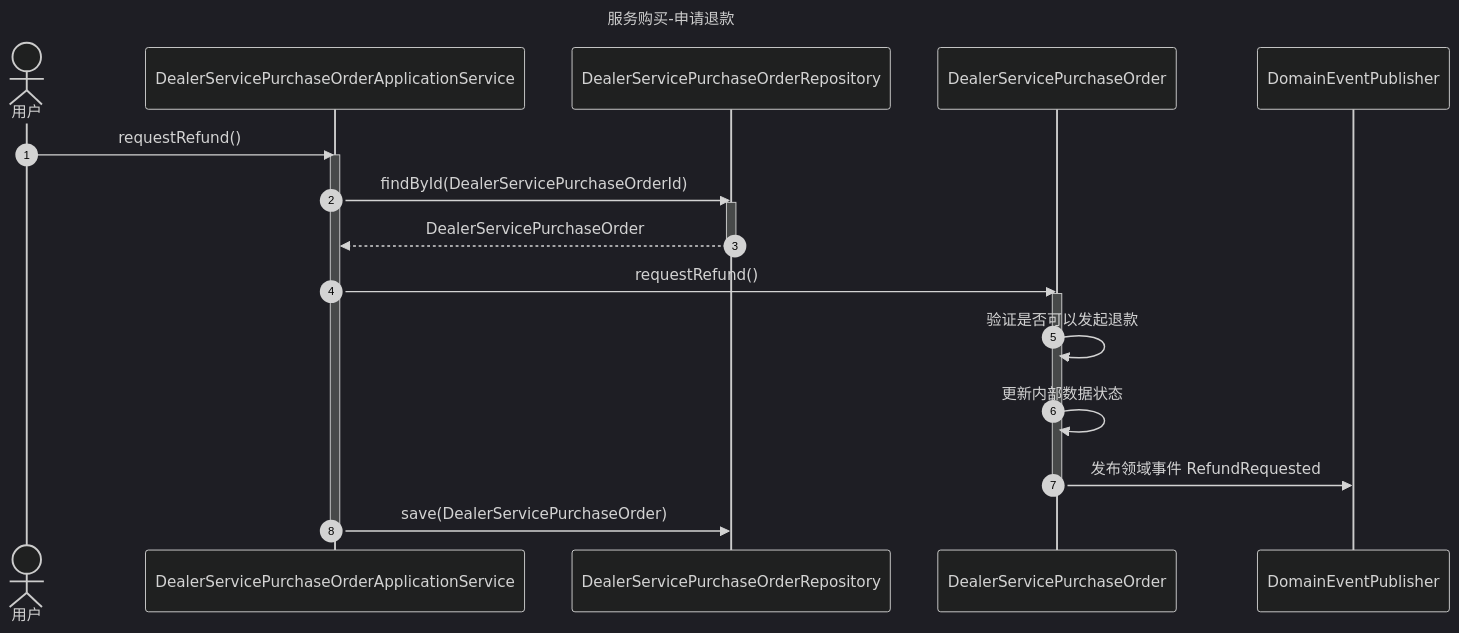
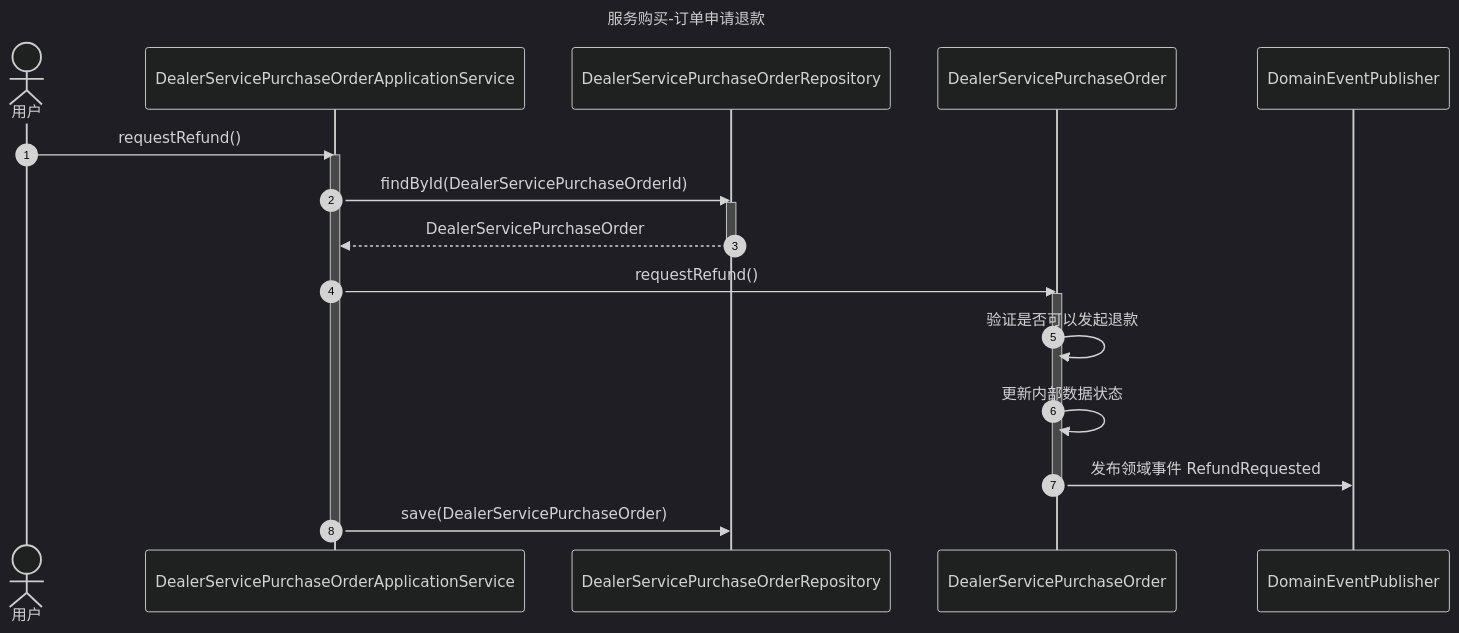
One commit to lowkeyfish/IDDD changed the diagram in iddd-springboot/iddd-springboot-dealer/src/main/resources/uml/服务购买订单申请退款时序图.mermaid. Above: the diagram before and after it, drawn with Mermaid (dark theme). The commit also changed 27 other files, not shown here.

```diff
--- a/iddd-springboot/iddd-springboot-dealer/src/main/resources/uml/服务购买订单申请退款时序图.mermaid
+++ b/iddd-springboot/iddd-springboot-dealer/src/main/resources/uml/服务购买订单申请退款时序图.mermaid
@@ -1,34 +1,34 @@
 sequenceDiagram
-    title 服务购买-申请退款
+    title 服务购买-订单申请退款
 
     autonumber
 
     actor User as 用户
     participant DealerServicePurchaseOrderApplicationService
     participant DealerServicePurchaseOrderRepository
     participant DealerServicePurchaseOrder
     participant DomainEventPublisher
 
 
     User->>DealerServicePurchaseOrderApplicationService: requestRefund()
 
     activate DealerServicePurchaseOrderApplicationService
 
     DealerServicePurchaseOrderApplicationService->>DealerServicePurchaseOrderRepository: findById(DealerServicePurchaseOrderId)
 
     activate DealerServicePurchaseOrderRepository
     DealerServicePurchaseOrderRepository-->>DealerServicePurchaseOrderApplicationService: DealerServicePurchaseOrder
     deactivate DealerServicePurchaseOrderRepository
 
     DealerServicePurchaseOrderApplicationService->>DealerServicePurchaseOrder: requestRefund()
 
     activate DealerServicePurchaseOrder
     DealerServicePurchaseOrder->>DealerServicePurchaseOrder: 验证是否可以发起退款
     DealerServicePurchaseOrder->>DealerServicePurchaseOrder: 更新内部数据状态
     DealerServicePurchaseOrder->>DomainEventPublisher: 发布领域事件 RefundRequested
 
     deactivate DealerServicePurchaseOrder
 
     DealerServicePurchaseOrderApplicationService->>DealerServicePurchaseOrderRepository: save(DealerServicePurchaseOrder)
 
     deactivate DealerServicePurchaseOrderApplicationService
```
